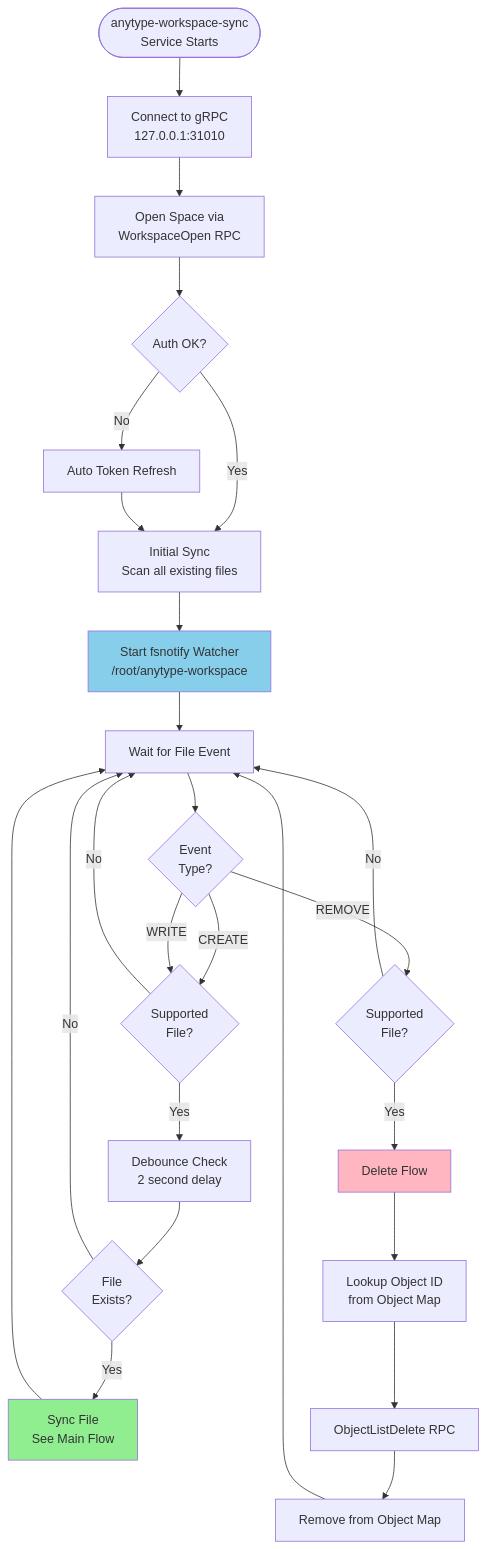
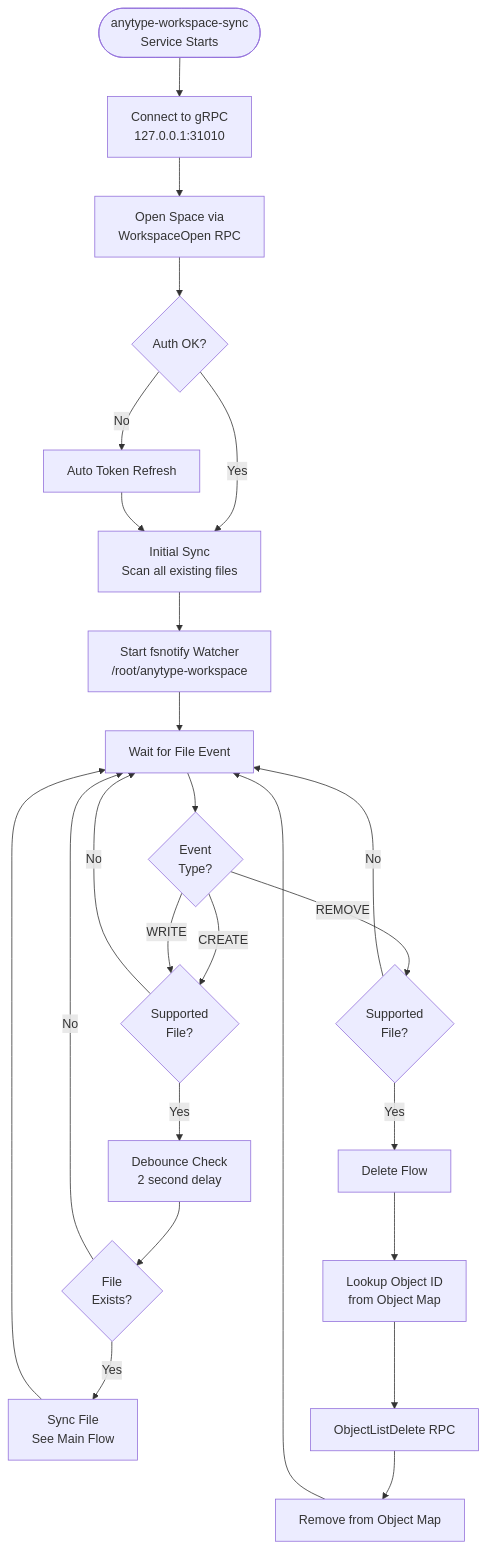
Before and after one commit to robouden/openclaw-workspace: the second of 6 diagrams in code/anytype-workspace-sync/FILE_SYNC_FLOW.md, drawn with Mermaid. The commit also changed other lines of this file, not shown here.

Commit message:
chore: Remove explicit styling from Mermaid diagrams in `FILE_SYNC_FLOW.md`.

````diff
--- a/code/anytype-workspace-sync/FILE_SYNC_FLOW.md
+++ b/code/anytype-workspace-sync/FILE_SYNC_FLOW.md
@@ -63,39 +60,37 @@
 ```mermaid
 flowchart TD
     Start([anytype-workspace-sync<br/>Service Starts]) --> Connect[Connect to gRPC<br/>127.0.0.1:31010]
     Connect --> OpenSpace[Open Space via<br/>WorkspaceOpen RPC]
 
     OpenSpace --> AuthCheck1{Auth OK?}
     AuthCheck1 -->|No| AutoRefresh[Auto Token Refresh]
     AuthCheck1 -->|Yes| InitialSync[Initial Sync<br/>Scan all existing files]
     AutoRefresh --> InitialSync
 
     InitialSync --> WatchDir[Start fsnotify Watcher<br/>/root/anytype-workspace]
 
     WatchDir --> WaitEvent[Wait for File Event]
 
     WaitEvent --> EventReceived{Event<br/>Type?}
 
     EventReceived -->|CREATE| CheckSupport1{Supported<br/>File?}
     EventReceived -->|WRITE| CheckSupport1
     EventReceived -->|REMOVE| CheckSupport2{Supported<br/>File?}
 
     CheckSupport1 -->|Yes| Debounce1[Debounce Check<br/>2 second delay]
     CheckSupport1 -->|No| WaitEvent
     CheckSupport2 -->|Yes| DeleteFlow[Delete Flow]
     CheckSupport2 -->|No| WaitEvent
 
     Debounce1 --> StillExists{File<br/>Exists?}
     StillExists -->|Yes| SyncFile[Sync File<br/>See Main Flow]
     StillExists -->|No| WaitEvent
 
     SyncFile --> WaitEvent
     DeleteFlow --> LookupID[Lookup Object ID<br/>from Object Map]
     LookupID --> DeleteRPC[ObjectListDelete RPC]
     DeleteRPC --> RemoveMap[Remove from Object Map]
     RemoveMap --> WaitEvent
 
-    style SyncFile fill:#90EE90
-    style DeleteFlow fill:#FFB6C1
-    style WatchDir fill:#87CEEB
+
 ```
````
